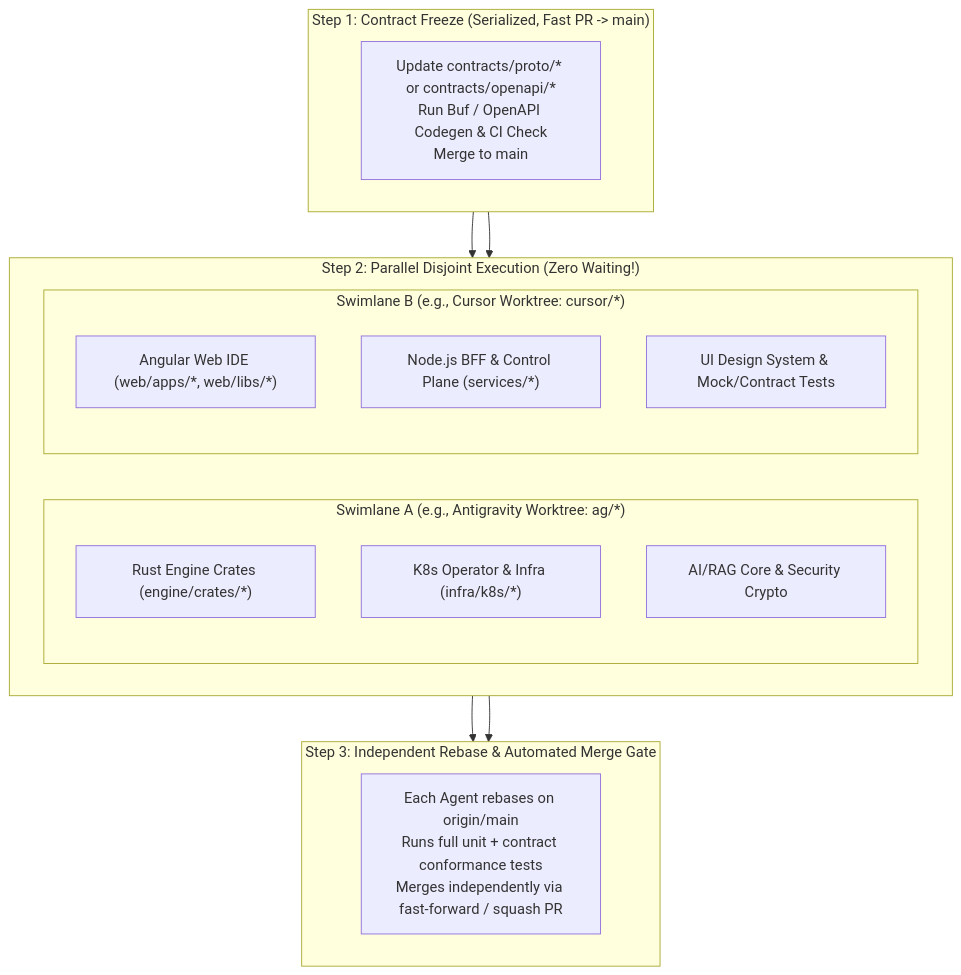
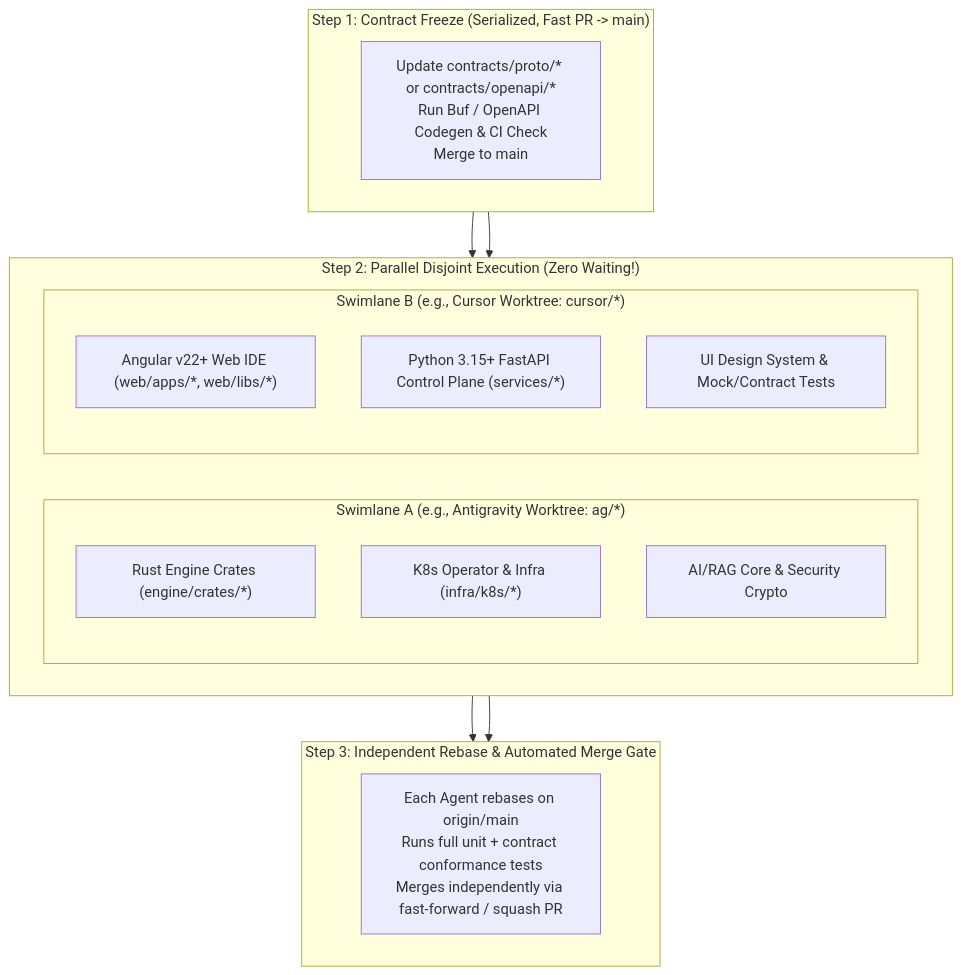
The diagram in architecture/12-multi-ide-collaboration.md (the-code-master/signal), drawn with Mermaid before and after one commit. The commit also changed other lines of this file and 52 other files, not shown here.

Commit message:
docs: enforce Angular v22+, Rust 1.100+, Node 26 LTS+ & adopt Python 3.15+ FastAPI Control Plane (ADR-002)

````diff
--- a/architecture/12-multi-ide-collaboration.md
+++ b/architecture/12-multi-ide-collaboration.md
@@ -48,29 +48,29 @@
 ```mermaid
 flowchart TB
     subgraph Step1["Step 1: Contract Freeze (Serialized, Fast PR -> main)"]
         C1["Update contracts/proto/* or contracts/openapi/*\nRun Buf / OpenAPI Codegen & CI Check\nMerge to main"]
     end
 
     subgraph Step2["Step 2: Parallel Disjoint Execution (Zero Waiting!)"]
         direction LR
         subgraph LaneA["Swimlane A (e.g., Antigravity Worktree: ag/*)"]
             A1["Rust Engine Crates (engine/crates/*)"]
             A2["K8s Operator & Infra (infra/k8s/*)"]
             A3["AI/RAG Core & Security Crypto"]
         end
         subgraph LaneB["Swimlane B (e.g., Cursor Worktree: cursor/*)"]
-            B1["Angular Web IDE (web/apps/*, web/libs/*)"]
-            B2["Node.js BFF & Control Plane (services/*)"]
+            B1["Angular v22+ Web IDE (web/apps/*, web/libs/*)"]
+            B2["Python 3.15+ FastAPI Control Plane (services/*)"]
             B3["UI Design System & Mock/Contract Tests"]
         end
     end
 
     subgraph Step3["Step 3: Independent Rebase & Automated Merge Gate"]
         M1["Each Agent rebases on origin/main\nRuns full unit + contract conformance tests\nMerges independently via fast-forward / squash PR"]
     end
 
     Step1 --> LaneA
     Step1 --> LaneB
     LaneA --> Step3
     LaneB --> Step3
 ```
````
